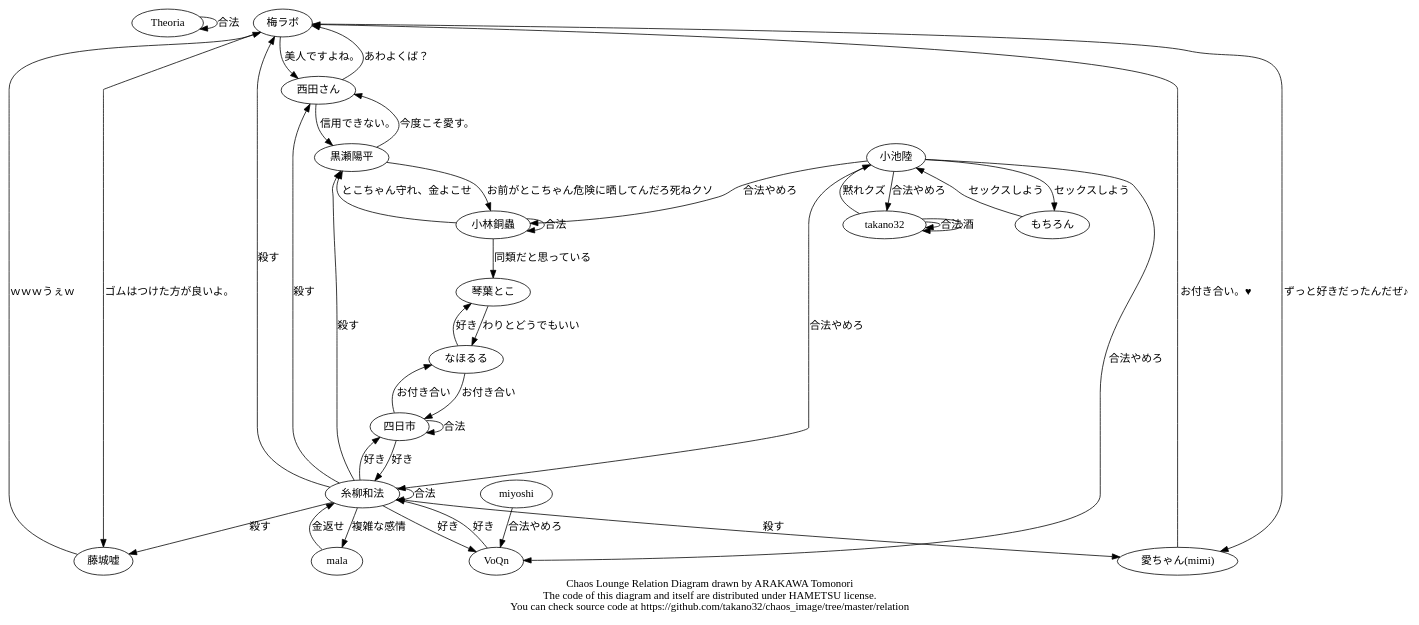
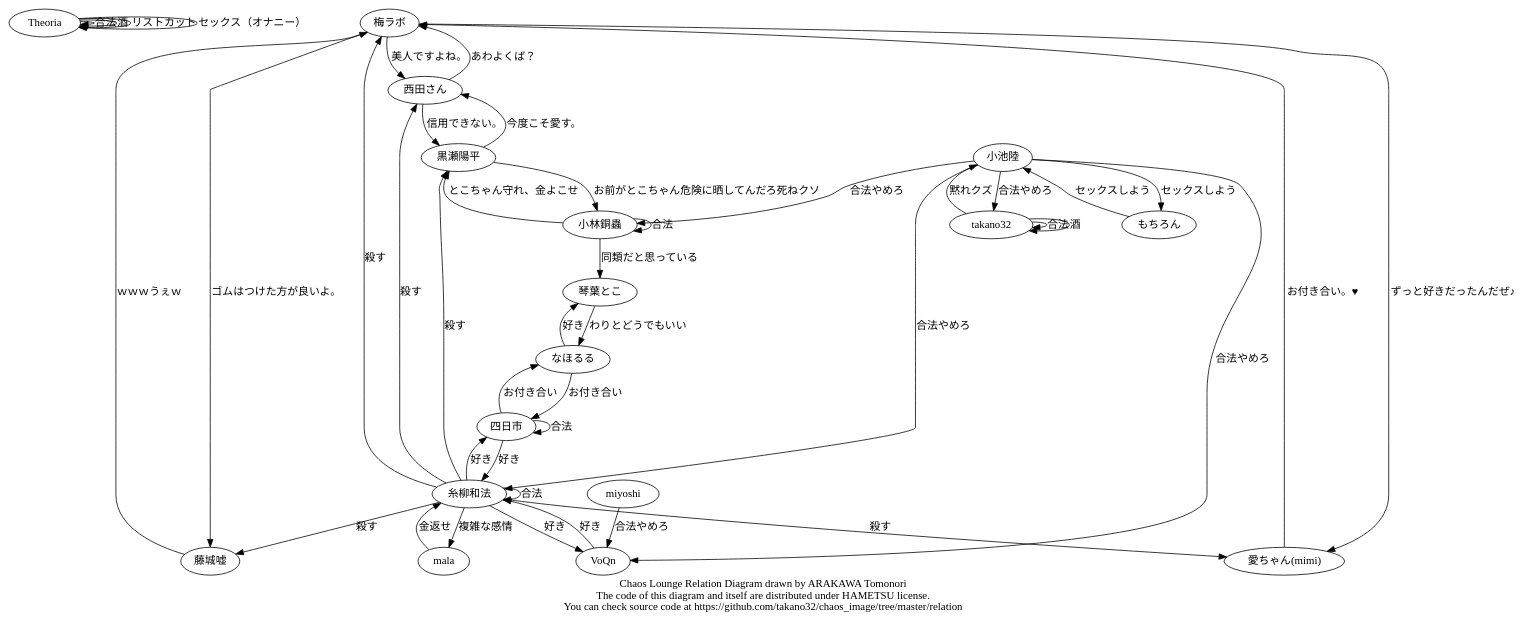
One commit to takano32/DynamicRelationGraph changed the diagram in chaos.dot. Above: the diagram before and after it, drawn with Graphviz.

Commit message:
update theoria info

```diff
--- a/chaos.dot
+++ b/chaos.dot
@@ -1,48 +1,51 @@
 digraph Chaos {
   Theoria   -> Theoria  [label = "合法"];
+  Theoria   -> Theoria  [label = "酒"];
+  Theoria   -> Theoria  [label = "リストカット"];
+  Theoria   -> Theoria  [label = "セックス（オナニー）"];
   梅ラボ    -> 藤城嘘   [label = "ゴムはつけた方が良いよ。"];
   梅ラボ    -> 西田さん [label = "美人ですよね。"];
   梅ラボ -> "愛ちゃん(mimi)" [label = "ずっと好きだったんだぜ♪"];
   藤城嘘   -> 梅ラボ   [label = "ｗｗｗうぇｗ"];
   西田さん -> 梅ラボ   [label = "あわよくば？"];
   西田さん -> 黒瀬陽平 [label = "信用できない。"];
   黒瀬陽平 -> 西田さん [label = "今度こそ愛す。"];
   黒瀬陽平 -> 小林銅蟲 [label = "お前がとこちゃん危険に晒してんだろ死ねクソ"];
   "愛ちゃん(mimi)" -> 梅ラボ [label = "お付き合い。♥"];
   糸柳和法 -> 梅ラボ  [label = "殺す"];
   糸柳和法 -> 藤城嘘   [label = "殺す"];
   糸柳和法 -> 黒瀬陽平 [label = "殺す"];
   糸柳和法 -> 西田さん [label = "殺す"];
   糸柳和法 -> "愛ちゃん(mimi)" [label = "殺す"];
   糸柳和法 -> 四日市 [label = "好き"];
   糸柳和法 -> VoQn [label = "好き"];
   糸柳和法 -> mala [label = "複雑な感情"];
   糸柳和法 -> 糸柳和法 [label = "合法"];
   mala -> 糸柳和法 [label = "金返せ"];
   小池陸 -> 糸柳和法 [label = "合法やめろ"];
   小池陸 -> takano32 [label = "合法やめろ"];
   小池陸 -> 小林銅蟲 [label = "合法やめろ"];
   小池陸 -> VoQn [label = "合法やめろ"];
   小池陸 -> もちろん [label = "セックスしよう"];
   もちろん -> 小池陸 [label = "セックスしよう"];
   miyoshi -> VoQn [label = "合法やめろ"];
   小林銅蟲 -> 黒瀬陽平 [label = "とこちゃん守れ、金よこせ"];
   小林銅蟲 -> 琴葉とこ [label = "同類だと思っている"];
   小林銅蟲 -> 小林銅蟲 [label = "合法"];
   takano32 -> 小池陸 [label = "黙れクズ"];
   takano32 -> takano32 [label = "合法"];
   takano32 -> takano32 [label = "酒"];
   なほるる -> 琴葉とこ [label = "好き"];
   なほるる -> 四日市 [label = "お付き合い"];
   琴葉とこ -> なほるる [label = "わりとどうでもいい"];
   四日市 -> なほるる [label = "お付き合い"];
   四日市 -> 糸柳和法 [label = "好き"];
   四日市 -> 四日市 [label = "合法"];
   VoQn -> 糸柳和法 [label = "好き"];
   subgraph cluster_hoge {
     style = filled;
     color = lightgrey;
     // see also http://graphviz.org/content/cluster
   }
   label = "Chaos Lounge Relation Diagram drawn by ARAKAWA Tomonori\nThe code of this diagram and itself are distributed under HAMETSU license.\nYou can check source code at https://github.com/takano32/chaos_image/tree/master/relation";
 }
```
